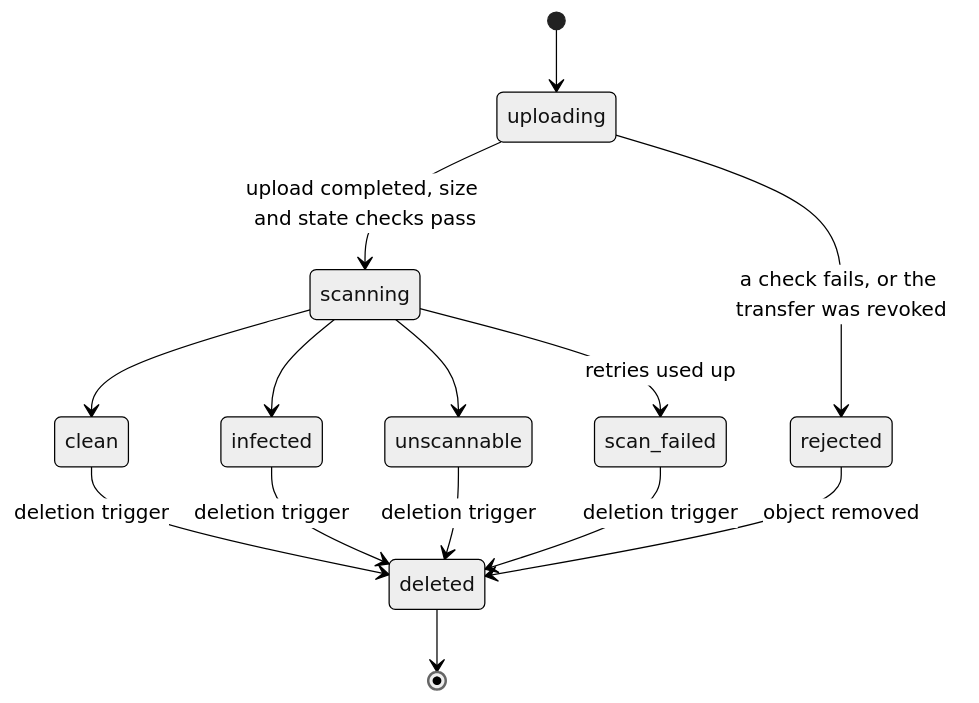
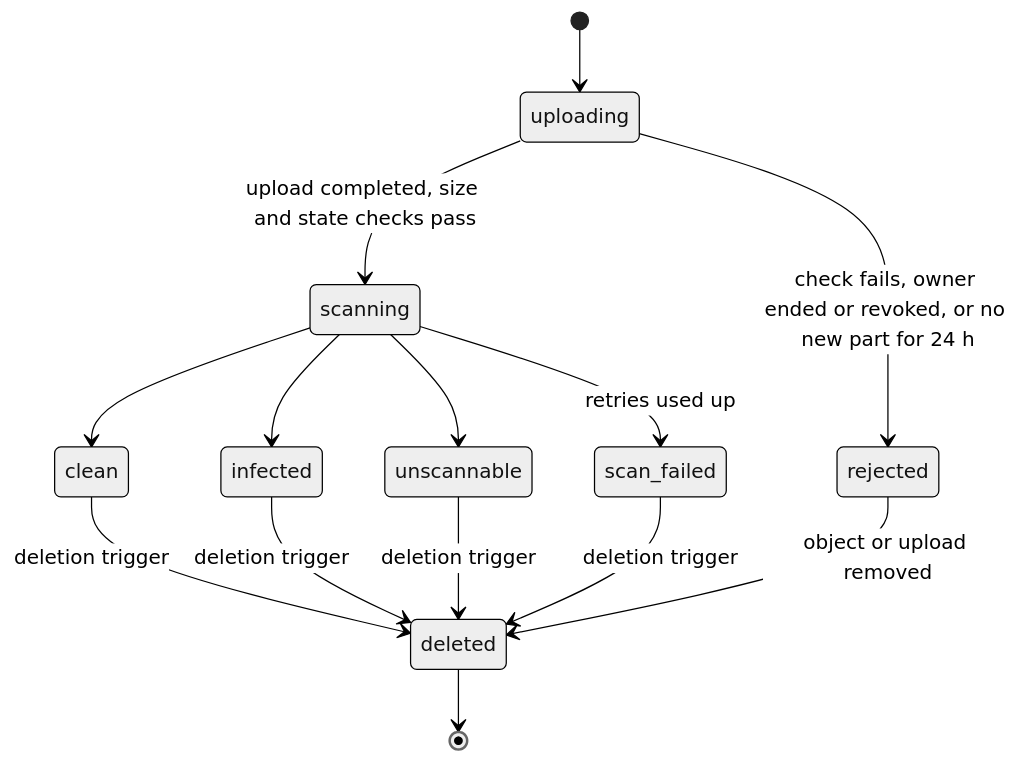
One commit to codewithmuh/secure-file-transfer changed the second of 5 diagrams in docs/design/data-model.md. Above: the diagram before and after it, drawn with Mermaid (neutral theme). The commit also changed other lines of this file and 3 other files, not shown here.

````diff
--- a/docs/design/data-model.md
+++ b/docs/design/data-model.md
@@ -101,16 +151,16 @@
 ```mermaid
 stateDiagram-v2
     [*] --> uploading
     uploading --> scanning: upload completed, size and state checks pass
-    uploading --> rejected: a check fails, or the transfer was revoked
+    uploading --> rejected: check fails, owner ended or revoked, or no new part for 24 h
     scanning --> clean
     scanning --> infected
     scanning --> unscannable
     scanning --> scan_failed: retries used up
     clean --> deleted: deletion trigger
     infected --> deleted: deletion trigger
     unscannable --> deleted: deletion trigger
     scan_failed --> deleted: deletion trigger
-    rejected --> deleted: object removed
+    rejected --> deleted: object or upload removed
     deleted --> [*]
 ```
````
